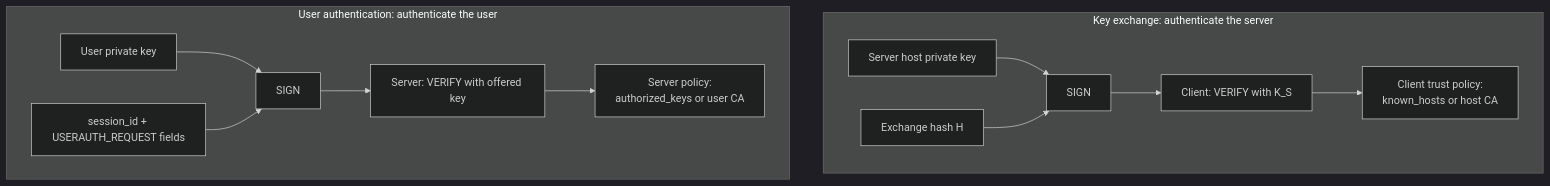
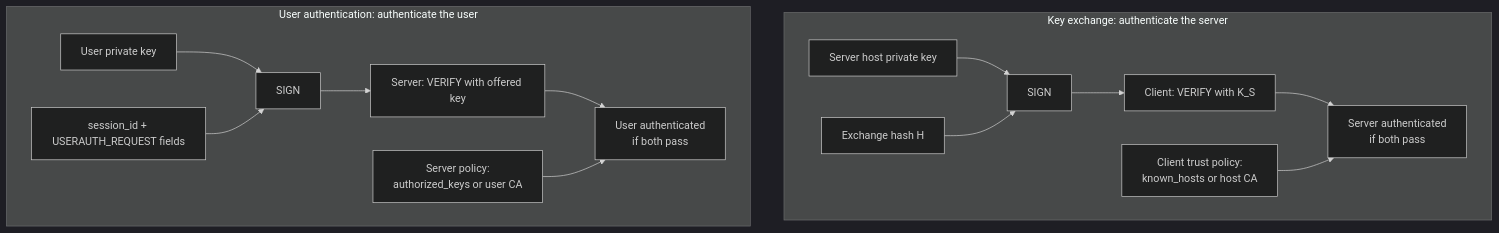
Before and after one commit to fornwall/ssh-protocol: the second of 5 diagrams in src/crypto-signatures.md, drawn with Mermaid (dark theme). The commit also changed other lines of this file and 9 other files, not shown here.

First line of the commit message:
Show that the client checks host-key trust before the KEX signature

````diff
--- a/src/crypto-signatures.md
+++ b/src/crypto-signatures.md
@@ -58,15 +58,19 @@
 ```mermaid
 flowchart TB
     subgraph Transport["Key exchange: authenticate the server"]
         HP["Server host private key"] --> HS["SIGN"]
         H["Exchange hash H"] --> HS
         HS --> HV["Client: VERIFY with K_S"]
-        HV --> HT["Client trust policy:<br/>known_hosts or host CA"]
+        HT["Client trust policy:<br/>known_hosts or host CA"]
+        HV --> HOK["Server authenticated<br/>if both pass"]
+        HT --> HOK
     end
     subgraph Userauth["User authentication: authenticate the user"]
         UP["User private key"] --> US["SIGN"]
         UD["session_id + USERAUTH_REQUEST fields"] --> US
         US --> UV["Server: VERIFY with offered key"]
-        UV --> UT["Server policy:<br/>authorized_keys or user CA"]
+        UT["Server policy:<br/>authorized_keys or user CA"]
+        UV --> UOK["User authenticated<br/>if both pass"]
+        UT --> UOK
     end
 ```
````
